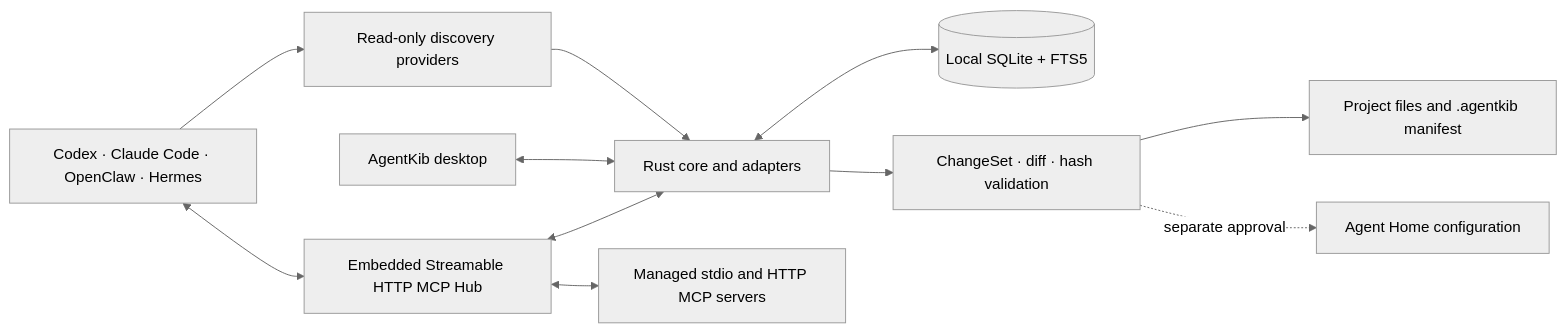
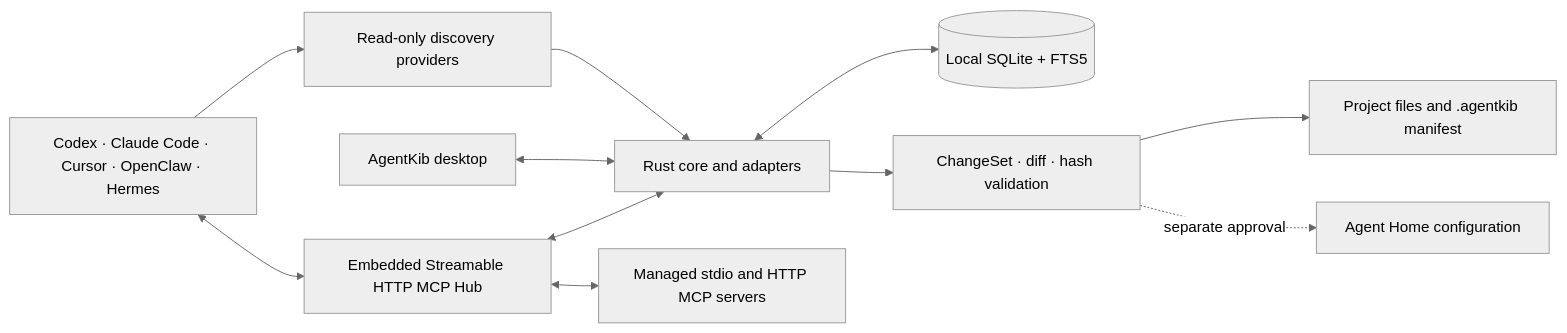
The diagram in README.md (AxleMax/agentkib), drawn with Mermaid (neutral theme) before and after one commit. The commit also changed other lines of this file and 20 other files, not shown here.

````diff
--- a/README.md
+++ b/README.md
@@ -68,21 +68,21 @@
 ```mermaid
 flowchart LR
-  Agents["Codex · Claude Code · OpenClaw · Hermes"]
+  Agents["Codex · Claude Code · Cursor · OpenClaw · Hermes"]
   Discovery["Read-only discovery providers"]
   Desktop["AgentKib desktop"]
   Core["Rust core and adapters"]
   Store[("Local SQLite + FTS5")]
   Changes["ChangeSet · diff · hash validation"]
   Project["Project files and .agentkib manifest"]
   Homes["Agent Home configuration"]
   MCP["Embedded Streamable HTTP MCP Hub"]
   Downstream["Managed stdio and HTTP MCP servers"]
 
   Agents --> Discovery --> Core
   Desktop <--> Core
   Core <--> Store
   Core --> Changes --> Project
   Changes -. "separate approval" .-> Homes
   Agents <--> MCP <--> Core
   MCP <--> Downstream
 ```
````
